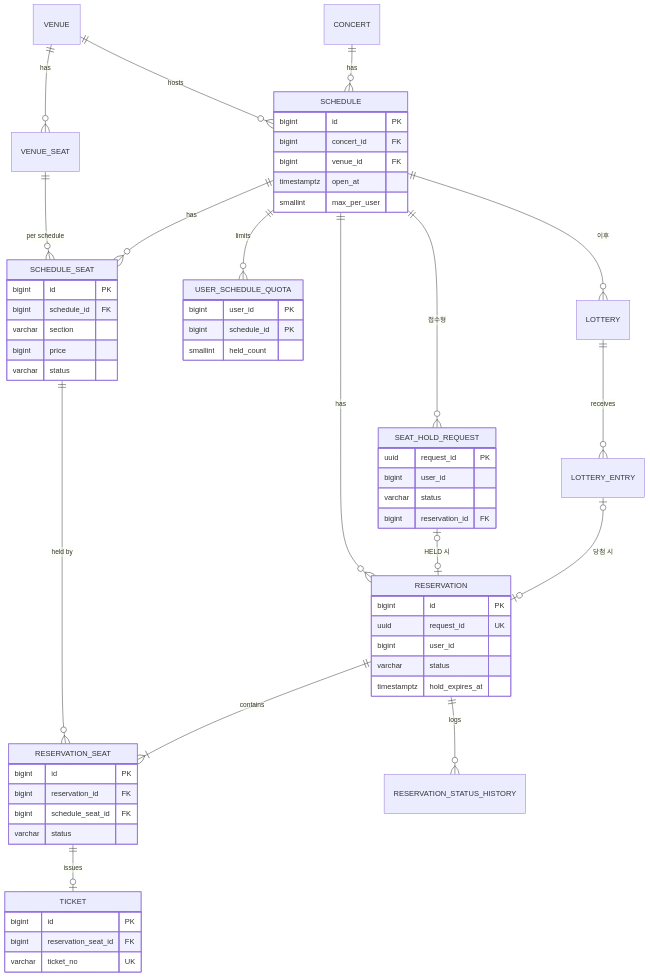
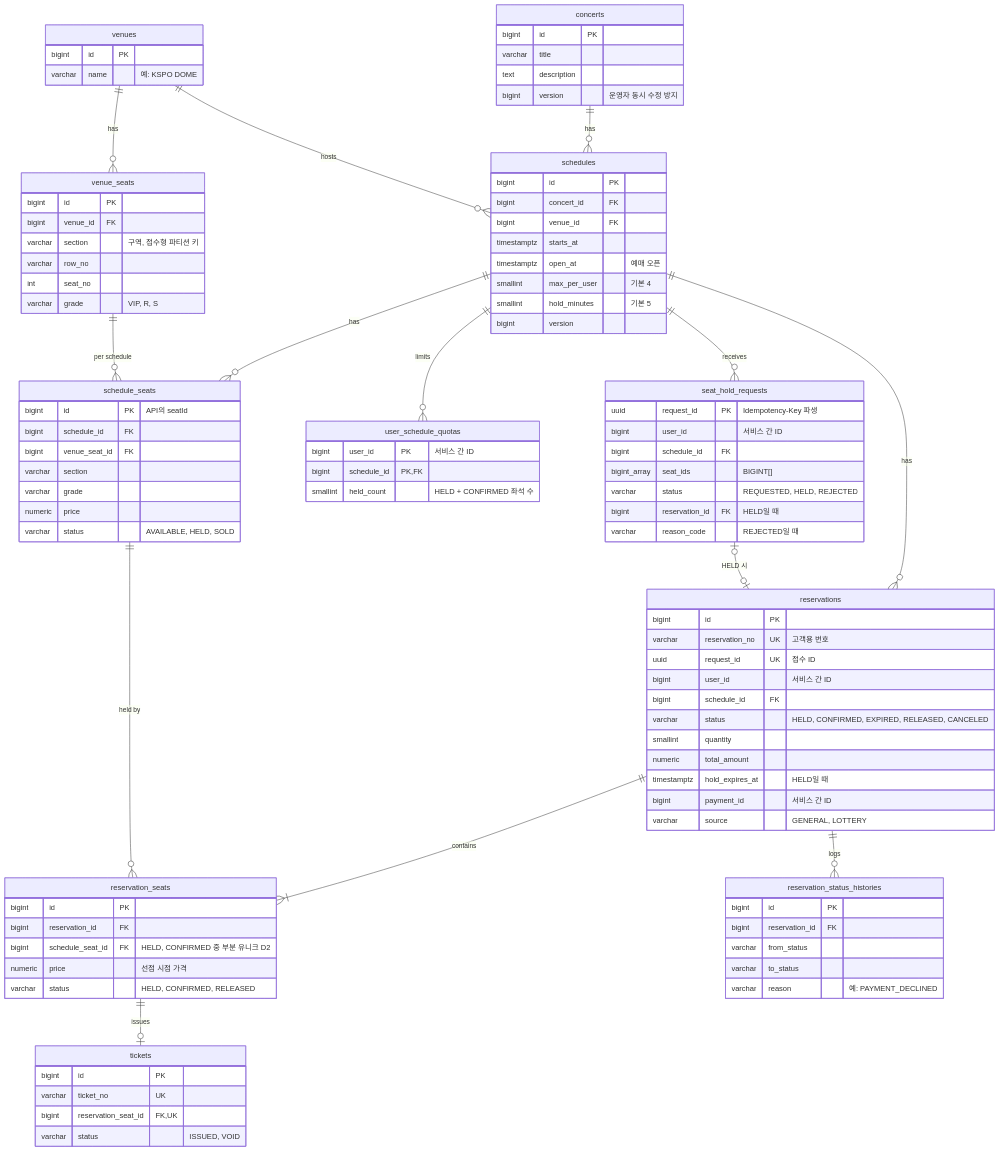
One commit to iseonjwa/high-quality-ticketing-system changed the sixth of 9 diagrams in docs/core/SA MASTER.md. Above: the diagram before and after it, drawn with Mermaid. The commit also changed other lines of this file, not shown here.

First line of the commit message:
docs(docs): SA v3.3 테이블 이름 복수형과 ERD 전체 반영

````diff
--- a/docs/core/SA MASTER.md
+++ b/docs/core/SA MASTER.md
@@ -1360,49 +1426,101 @@
 ```mermaid
 erDiagram
-  VENUE ||--o{ VENUE_SEAT : has
-  VENUE ||--o{ SCHEDULE : hosts
-  CONCERT ||--o{ SCHEDULE : has
-  SCHEDULE ||--o{ SCHEDULE_SEAT : has
-  VENUE_SEAT ||--o{ SCHEDULE_SEAT : "per schedule"
-  SCHEDULE ||--o{ USER_SCHEDULE_QUOTA : limits
-  SCHEDULE ||--o{ RESERVATION : has
-  SCHEDULE ||--o{ SEAT_HOLD_REQUEST : "접수형"
-  SEAT_HOLD_REQUEST |o--o| RESERVATION : "HELD 시"
-  RESERVATION ||--|{ RESERVATION_SEAT : contains
-  SCHEDULE_SEAT ||--o{ RESERVATION_SEAT : "held by"
-  RESERVATION_SEAT ||--o| TICKET : issues
-  RESERVATION ||--o{ RESERVATION_STATUS_HISTORY : logs
-  SCHEDULE ||--o{ LOTTERY : "이후"
-  LOTTERY ||--o{ LOTTERY_ENTRY : receives
-  LOTTERY_ENTRY |o--o| RESERVATION : "당첨 시"
+  venues ||--o{ venue_seats : has
+  venues ||--o{ schedules : hosts
+  concerts ||--o{ schedules : has
+  schedules ||--o{ schedule_seats : has
+  venue_seats ||--o{ schedule_seats : "per schedule"
+  schedules ||--o{ user_schedule_quotas : limits
+  schedules ||--o{ seat_hold_requests : receives
+  schedules ||--o{ reservations : has
+  seat_hold_requests |o--o| reservations : "HELD 시"
+  reservations ||--|{ reservation_seats : contains
+  schedule_seats ||--o{ reservation_seats : "held by"
+  reservation_seats ||--o| tickets : issues
+  reservations ||--o{ reservation_status_histories : logs
 
-  SCHEDULE { bigint id PK
+  venues {
+    bigint id PK
+    varchar name "예: KSPO DOME"
+  }
+  venue_seats {
+    bigint id PK
+    bigint venue_id FK
+    varchar section "구역, 접수형 파티션 키"
+    varchar row_no
+    int seat_no
+    varchar grade "VIP, R, S"
+  }
+  concerts {
+    bigint id PK
+    varchar title
+    text description
+    bigint version "운영자 동시 수정 방지"
+  }
+  schedules {
+    bigint id PK
     bigint concert_id FK
     bigint venue_id FK
-    timestamptz open_at
-    smallint max_per_user }
-  SCHEDULE_SEAT { bigint id PK
+    timestamptz starts_at
+    timestamptz open_at "예매 오픈"
+    smallint max_per_user "기본 4"
+    smallint hold_minutes "기본 5"
+    bigint version
+  }
+  schedule_seats {
+    bigint id PK "API의 seatId"
     bigint schedule_id FK
+    bigint venue_seat_id FK
     varchar section
-    bigint price
-    varchar status }
-  USER_SCHEDULE_QUOTA { bigint user_id PK
-    bigint schedule_id PK
-    smallint held_count }
-  SEAT_HOLD_REQUEST { uuid request_id PK
-    bigint user_id
-    varchar status
-    bigint reservation_id FK }
-  RESERVATION { bigint id PK
-    uuid request_id UK
-    bigint user_id
-    varchar status
-    timestamptz hold_expires_at }
-  RESERVATION_SEAT { bigint id PK
+    varchar grade
+    numeric price
+    varchar status "AVAILABLE, HELD, SOLD"
+  }
+  user_schedule_quotas {
+    bigint user_id PK "서비스 간 ID"
+    bigint schedule_id PK, FK
+    smallint held_count "HELD + CONFIRMED 좌석 수"
+  }
+  seat_hold_requests {
+    uuid request_id PK "Idempotency-Key 파생"
+    bigint user_id "서비스 간 ID"
+    bigint schedule_id FK
+    bigint_array seat_ids "BIGINT[]"
+    varchar status "REQUESTED, HELD, REJECTED"
+    bigint reservation_id FK "HELD일 때"
+    varchar reason_code "REJECTED일 때"
+  }
+  reservations {
+    bigint id PK
+    varchar reservation_no UK "고객용 번호"
+    uuid request_id UK "접수 ID"
+    bigint user_id "서비스 간 ID"
+    bigint schedule_id FK
+    varchar status "HELD, CONFIRMED, EXPIRED, RELEASED, CANCELED"
+    smallint quantity
+    numeric total_amount
+    timestamptz hold_expires_at "HELD일 때"
+    bigint payment_id "서비스 간 ID"
+    varchar source "GENERAL, LOTTERY"
+  }
+  reservation_seats {
+    bigint id PK
     bigint reservation_id FK
-    bigint schedule_seat_id FK
-    varchar status }
-  TICKET { bigint id PK
-    bigint reservation_seat_id FK
-    varchar ticket_no UK }
+    bigint schedule_seat_id FK "HELD, CONFIRMED 중 부분 유니크 D2"
+    numeric price "선점 시점 가격"
+    varchar status "HELD, CONFIRMED, RELEASED"
+  }
+  tickets {
+    bigint id PK
+    varchar ticket_no UK
+    bigint reservation_seat_id FK, UK
+    varchar status "ISSUED, VOID"
+  }
+  reservation_status_histories {
+    bigint id PK
+    bigint reservation_id FK
+    varchar from_status
+    varchar to_status
+    varchar reason "예: PAYMENT_DECLINED"
+  }
 ```
````
